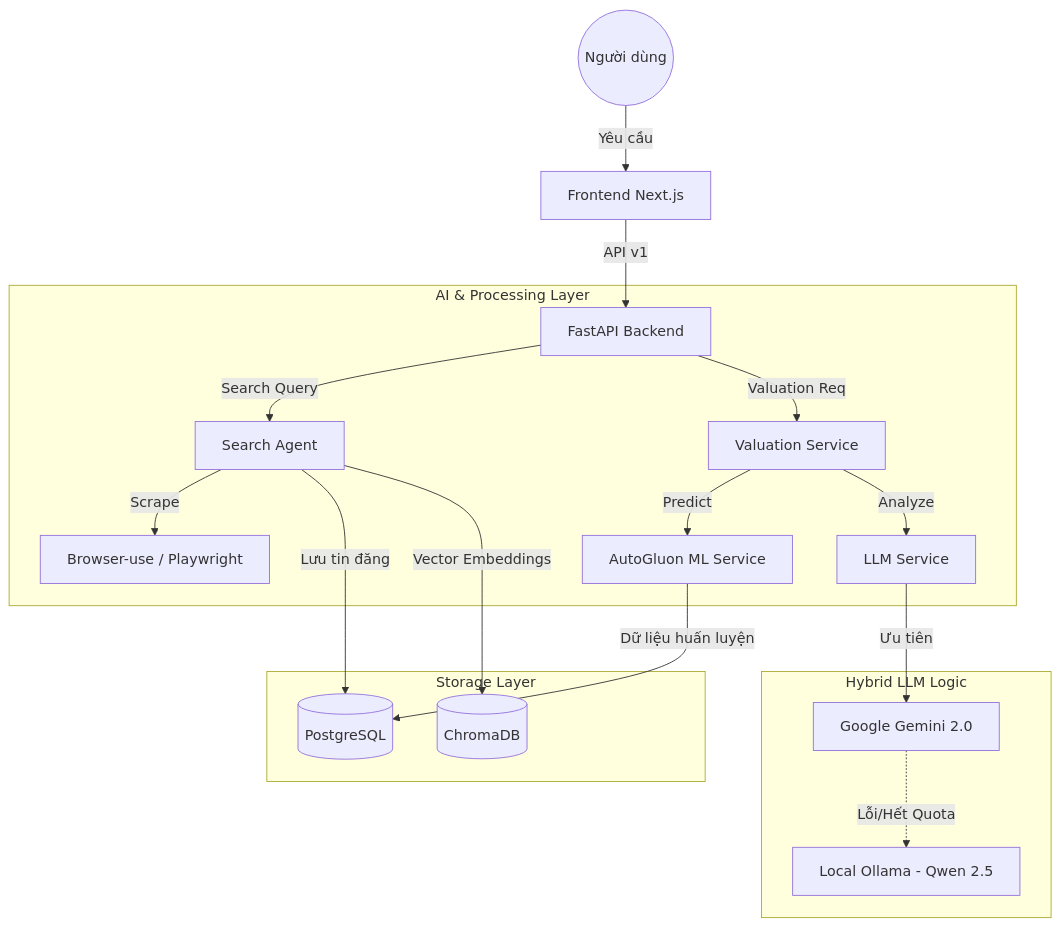
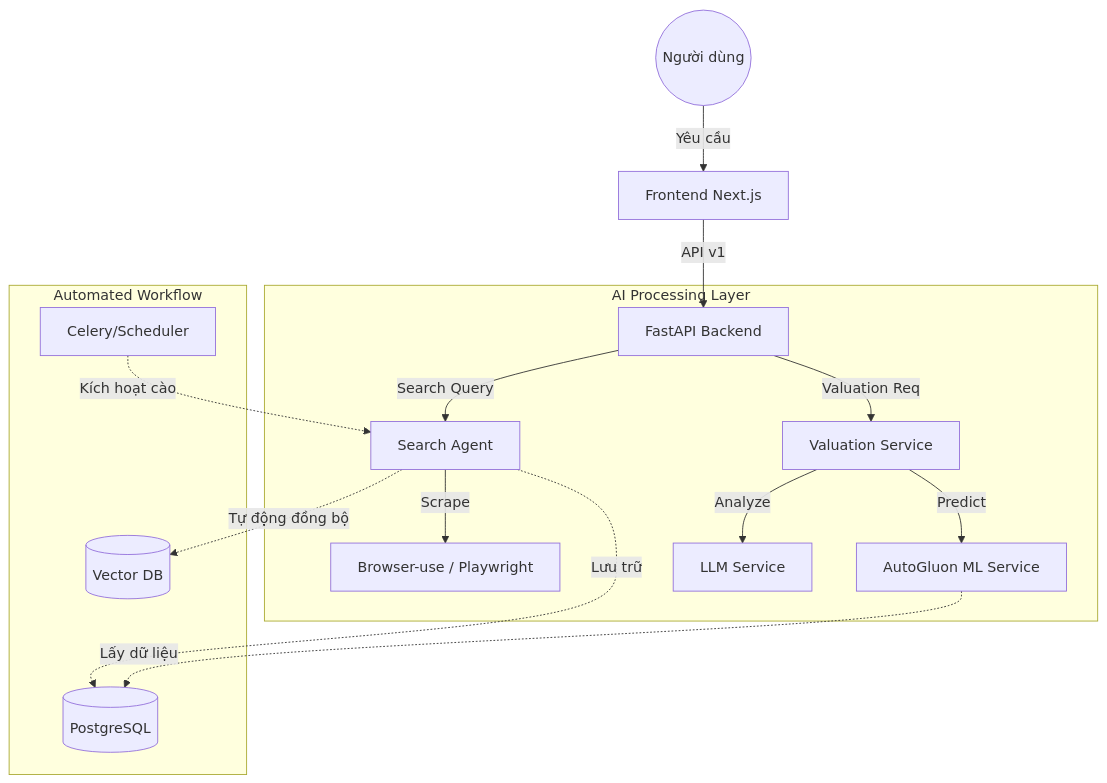
Before and after one commit to DatNa4488/BDS-AI: the diagram in README.md, drawn with Mermaid. The commit also changed other lines of this file and 2 other files, not shown here.

Commit message:
UI: Apply radial glow background and expand README architecture

````diff
--- a/README.md
+++ b/README.md
@@ -13,24 +13,20 @@
 ```mermaid
 graph TD
     User((Người dùng)) -->|Yêu cầu| UI[Frontend Next.js]
     UI -->|API v1| API[FastAPI Backend]
     
-    subgraph "AI & Processing Layer"
+    subgraph "AI Processing Layer"
         API -->|Search Query| SA[Search Agent]
         API -->|Valuation Req| VS[Valuation Service]
         SA -->|Scrape| BW[Browser-use / Playwright]
         VS -->|Predict| ML[AutoGluon ML Service]
         VS -->|Analyze| LS[LLM Service]
     end
     
-    subgraph "Storage Layer"
-        ML -->|Dữ liệu huấn luyện| DB[(PostgreSQL)]
-        SA -->|Lưu tin đăng| DB
-        SA -->|Vector Embeddings| VDB[(ChromaDB)]
-    end
-    
-    subgraph "Hybrid LLM Logic"
-        LS -->|Ưu tiên| Gemini[Google Gemini 2.0]
-        Gemini -.->|Lỗi/Hết Quota| Ollama[Local Ollama - Qwen 2.5]
+    subgraph "Automated Workflow"
+        SA -.->|Tự động đồng bộ| VDB[(Vector DB)]
+        SA -.->|Lưu trữ| DB[(PostgreSQL)]
+        ML -.->|Lấy dữ liệu| DB
+        Scheduler[Celery/Scheduler] -.->|Kích hoạt cào| SA
     end
 ```
````
